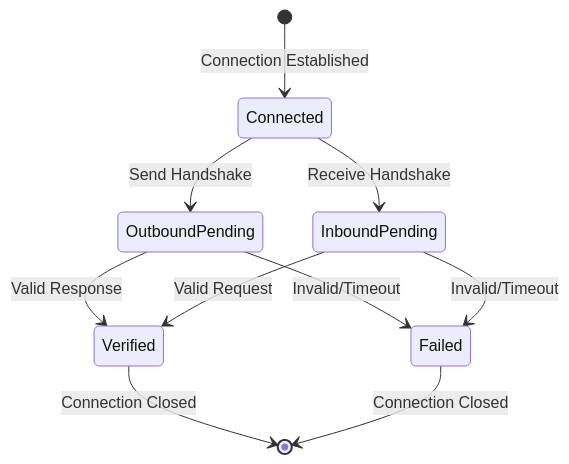
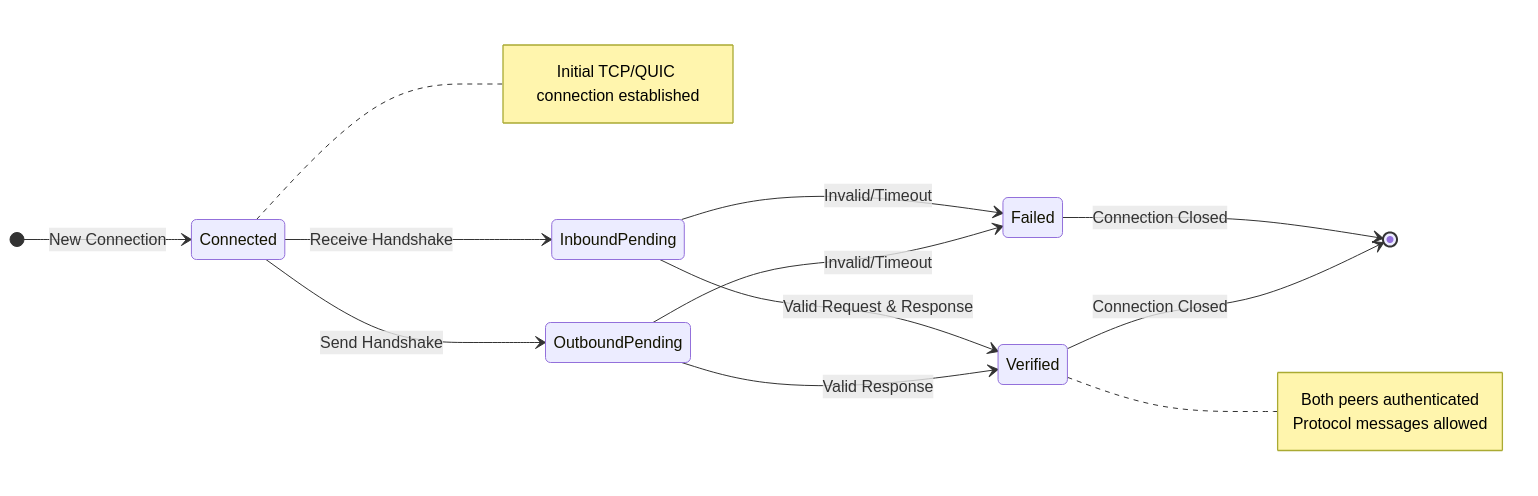
The second of 4 diagrams in crates/networking/README.md (tangle-network/gadget), drawn with Mermaid before and after one commit. The commit also changed other lines of this file and 4 other files, not shown here.

````diff
--- a/crates/networking/README.md
+++ b/crates/networking/README.md
@@ -38,15 +38,26 @@
 ```mermaid
 stateDiagram-v2
-    [*] --> Connected: Connection Established
+    direction LR
+    [*] --> Connected: New Connection
+
     Connected --> OutboundPending: Send Handshake
     Connected --> InboundPending: Receive Handshake
 
     OutboundPending --> Verified: Valid Response
     OutboundPending --> Failed: Invalid/Timeout
 
-    InboundPending --> Verified: Valid Request
+    InboundPending --> Verified: Valid Request & Response
     InboundPending --> Failed: Invalid/Timeout
 
     Verified --> [*]: Connection Closed
     Failed --> [*]: Connection Closed
+
+    note right of Connected
+        Initial TCP/QUIC connection established
+    end note
+
+    note right of Verified
+        Both peers authenticated
+        Protocol messages allowed
+    end note
 ```
````
